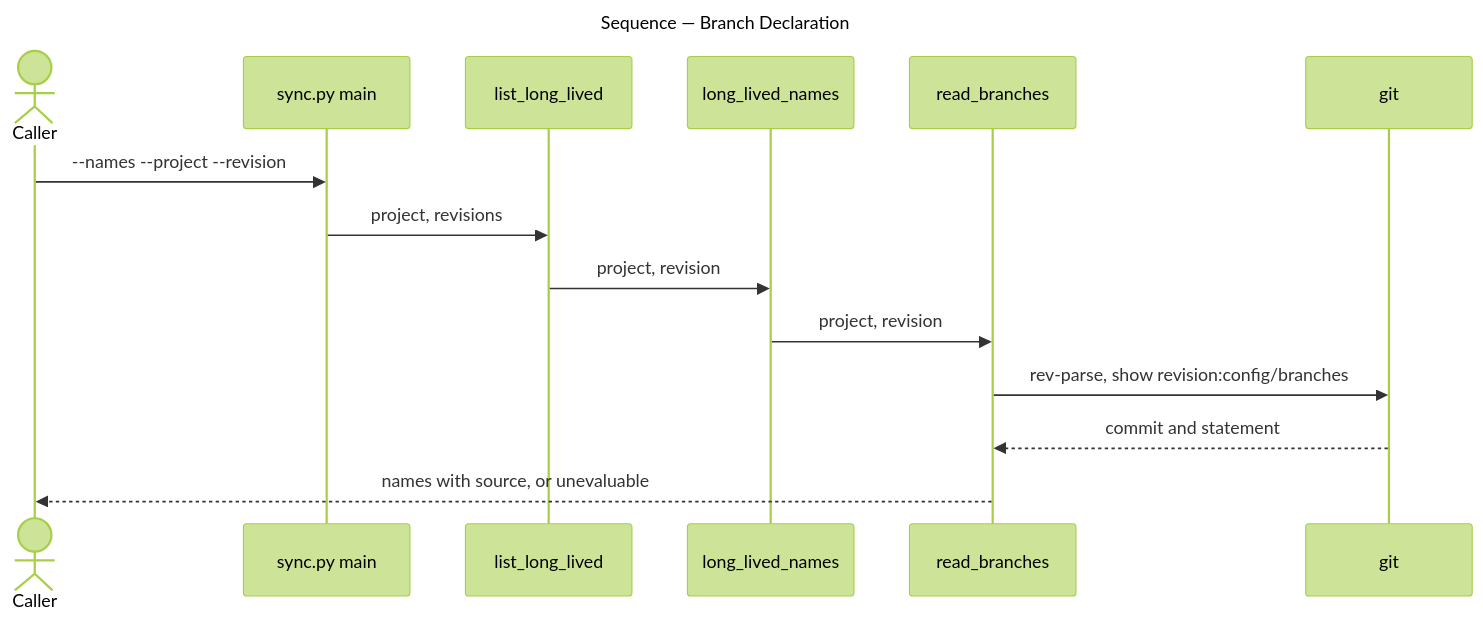
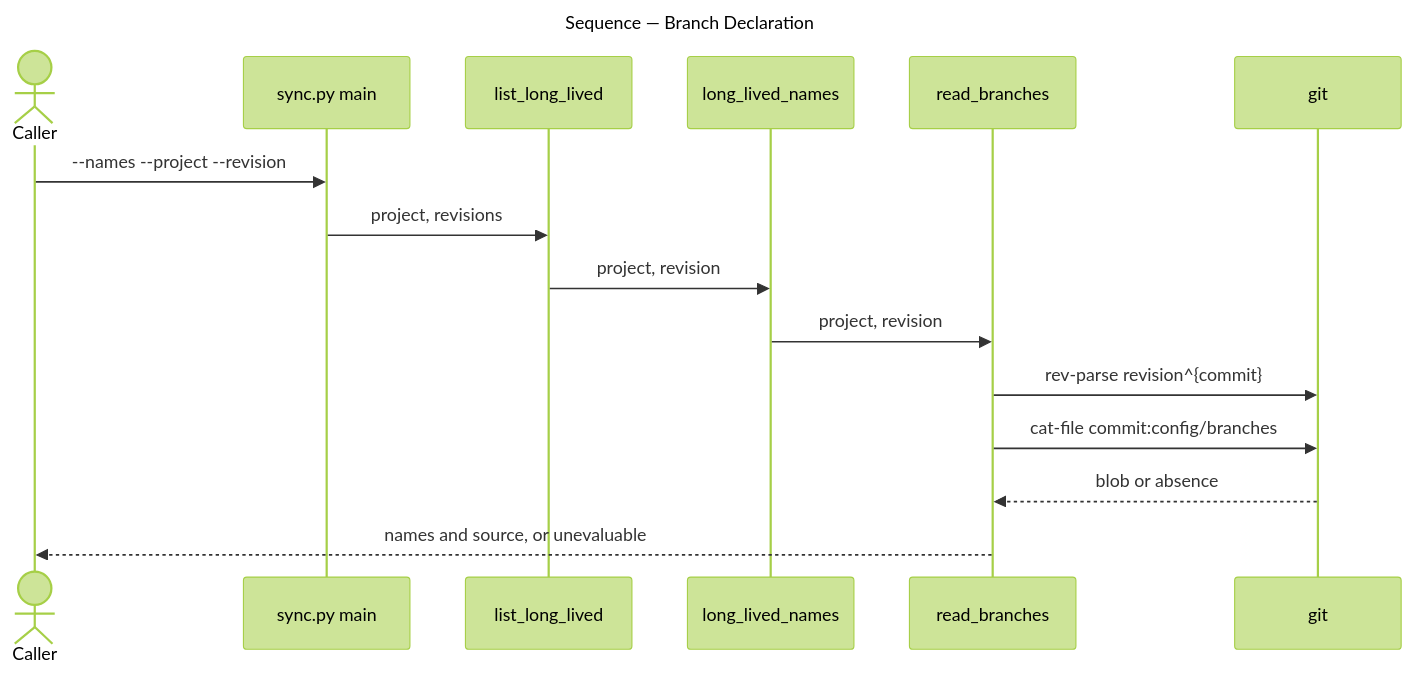
The second of 4 diagrams in artifacts/planning/2026-11-01-1487-board-reading-delivery-activity/architecture-overview.md (m2ux/workflow-server), drawn with Mermaid (forest theme) before and after one commit. The commit also changed other lines of this file and 4 other files, not shown here.

````diff
--- a/artifacts/planning/2026-11-01-1487-board-reading-delivery-activity/architecture-overview.md
+++ b/artifacts/planning/2026-11-01-1487-board-reading-delivery-activity/architecture-overview.md
@@ -76,20 +100,21 @@
 ```mermaid
 ---
 title: Sequence — Branch Declaration
 ---
 sequenceDiagram
     actor Caller
     participant Main as sync.py main
     participant List as list_long_lived
     participant Names as long_lived_names
     participant Read as read_branches
     participant Git as git
 
     Caller->>Main: --names --project --revision
     Main->>List: project, revisions
     List->>Names: project, revision
     Names->>Read: project, revision
-    Read->>Git: rev-parse, show revision:config/branches
-    Git-->>Read: commit and statement
-    Read-->>Caller: names with source, or unevaluable
+    Read->>Git: rev-parse revision^{commit}
+    Read->>Git: cat-file commit:config/branches
+    Git-->>Read: blob or absence
+    Read-->>Caller: names and source, or unevaluable
 ```
````
